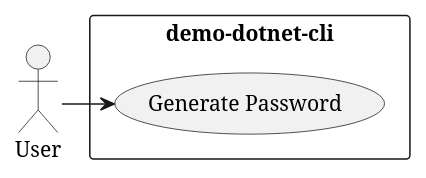
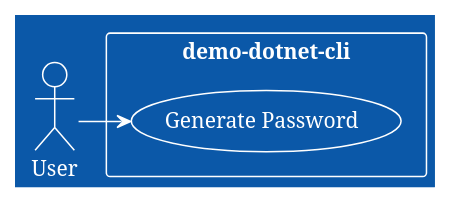
The diagram in diagrams/UseCase.puml (djvelimir/demo-dotnet-cli), drawn with PlantUML before and after one commit. The commit also changed 3 other files, not shown here.

```diff
--- a/diagrams/UseCase.puml
+++ b/diagrams/UseCase.puml
@@ -1,9 +1,10 @@
 @startuml UseCase
+!theme amiga
 actor "User" as user
 
 rectangle demo-dotnet-cli {
   usecase "Generate Password" as generatePassword
 }
 
 user -> generatePassword
 @enduml
```
